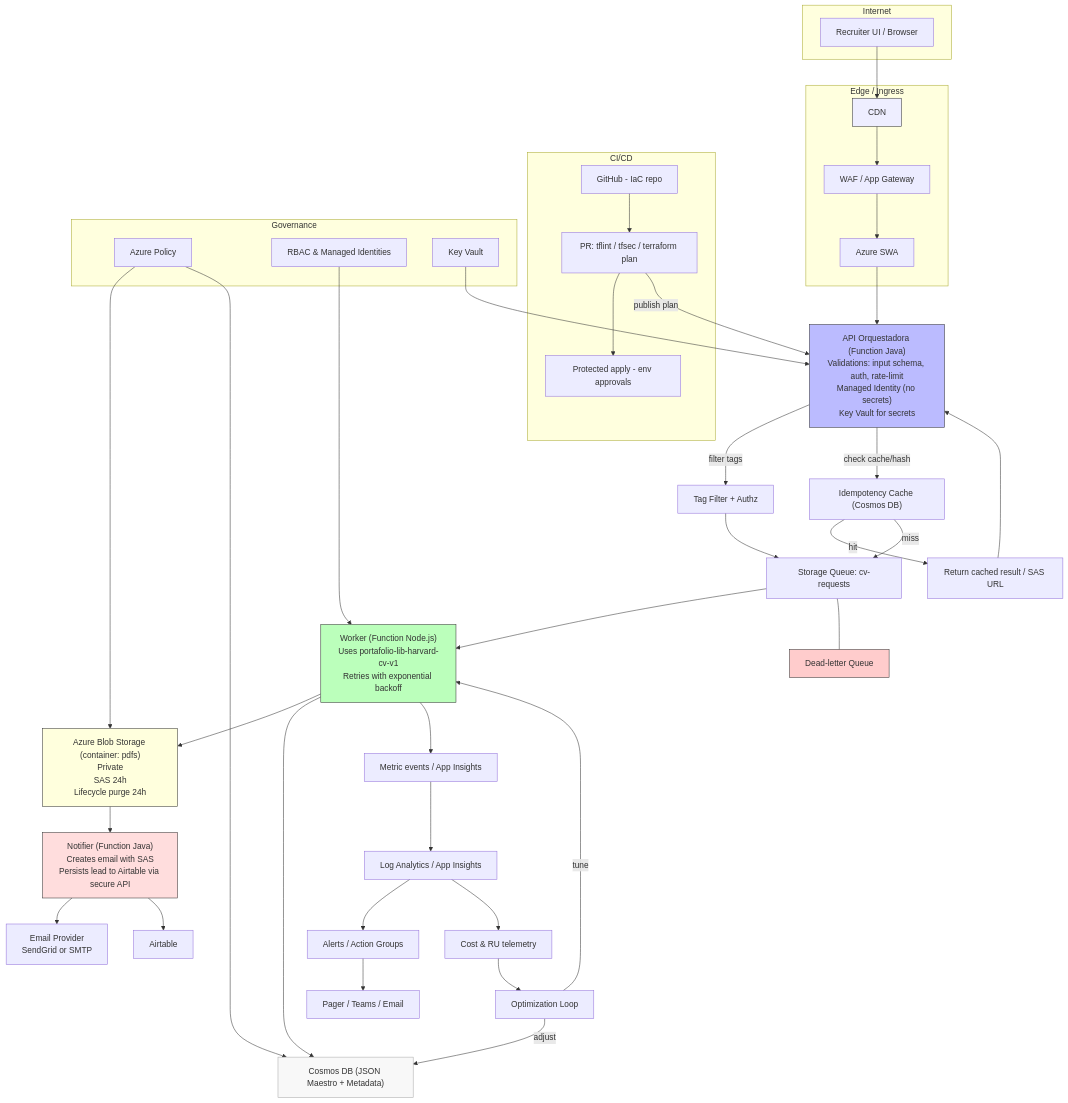
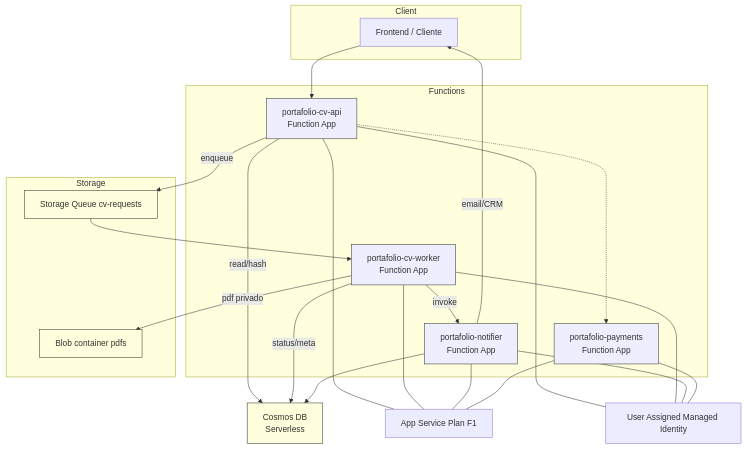
The diagram in diagrams/architecture.mmd (ninkovski/portafolio-iac-core-v1), drawn with Mermaid before and after one commit. The commit also changed 7 other files, not shown here.

Commit message:
feat(docs): update CONTRIBUTING, README, and architecture documentation; add new PR template and flow diagrams

```diff
--- a/diagrams/architecture.mmd
+++ b/diagrams/architecture.mmd
@@ -1,71 +1,50 @@
 flowchart TB
-  %% Frontline
-  subgraph Internet
-    U[Recruiter UI / Browser]
+  %% Clients
+  subgraph Client
+    U[Frontend / Cliente]
   end
 
-  subgraph Edge[Edge / Ingress]
-    CDN[CDN]
-    WAF[WAF / App Gateway]
-    CDN --> WAF
-    WAF --> SWA[Azure SWA]
+  %% Functions layer
+  subgraph Functions
+    API[portafolio-cv-api\nFunction App]
+    WORKER[portafolio-cv-worker\nFunction App]
+    NOTIF[portafolio-notifier\nFunction App]
+    PAY[portafolio-payments\nFunction App]
   end
 
-  U --> CDN
-  SWA --> API["API Orquestadora (Function Java)<br/>Validations: input schema, auth, rate-limit<br/>Managed Identity (no secrets)<br/>Key Vault for secrets"]
-  API -->|filter tags| Filter[Tag Filter + Authz]
-  API -->|check cache/hash| Idempotency["Idempotency Cache (Cosmos DB)"]
-  Idempotency -->|hit| Return["Return cached result / SAS URL"]
-  Return --> API
+  %% Data
+  subgraph Storage
+    QUEUE[Storage Queue cv-requests]
+    BLOB[Blob container pdfs]
+  end
 
-  Idempotency -->|miss| Q["Storage Queue: cv-requests"]
-  Filter --> Q
+  COSMOS[Cosmos DB\nServerless]
 
-  Q --> Worker["Worker (Function Node.js)<br/>Uses portafolio-lib-harvard-cv-v1<br/>Retries with exponential backoff"]
-  Q --- DLQ[Dead-letter Queue]
+  %% Flow
+  U --> API
+  API -->|read/hash| COSMOS
+  API -->|enqueue| QUEUE
+  QUEUE --> WORKER
+  WORKER -->|pdf privado| BLOB
+  WORKER -->|status/meta| COSMOS
+  WORKER -->|invoke| NOTIF
+  NOTIF -->|email/CRM| U
+  NOTIF --> COSMOS
+  API -.-> PAY
 
-  Worker --> Blob["Azure Blob Storage (container: pdfs)<br/>Private<br/>SAS 24h<br/>Lifecycle purge 24h"]
-  Worker --> Cosmos["Cosmos DB (JSON Maestro &plus; Metadata)"]
-  Worker --> Metrics[Metric events / App Insights]
+  %% Infra shared
+  PLAN[App Service Plan F1]
+  ID[User Assigned Managed Identity]
+  API --- PLAN
+  WORKER --- PLAN
+  NOTIF --- PLAN
+  PAY --- PLAN
+  API --- ID
+  WORKER --- ID
+  NOTIF --- ID
+  PAY --- ID
 
-  Blob --> Notifier["Notifier (Function Java)<br/>Creates email with SAS<br/>Persists lead to Airtable via secure API"]
-  Notifier --> Email["Email Provider<br/>SendGrid or SMTP"]
-  Notifier --> Airtable
-
-  %% Observability / Optimization
-  Metrics --> LogAnalytics[Log Analytics / App Insights]
-  LogAnalytics --> Alerts[Alerts / Action Groups]
-  Alerts --> DevOps[Pager / Teams / Email]
-  LogAnalytics --> CostInsights[Cost & RU telemetry]
-  CostInsights --> OptLoop[Optimization Loop]
-  OptLoop -->|adjust| Cosmos
-  OptLoop -->|tune| Worker
-
-  %% CI/CD and Security gate
-  subgraph CI/CD
-    Repo[GitHub - IaC repo]
-    PR[PR: tflint / tfsec / terraform plan]
-    MAIN[Protected apply - env approvals]
-  end
-  Repo --> PR --> MAIN
-  PR -->|publish plan| API
-
-  %% Security & Governance
-  subgraph Governance
-    AzurePolicy[Azure Policy]
-    RBAC[RBAC & Managed Identities]
-    KeyVault[Key Vault]
-  end
-  KeyVault --> API
-  RBAC --> Worker
-  AzurePolicy --> Blob
-  AzurePolicy --> Cosmos
-
-  style API fill:#bbf,stroke:#333,stroke-width:1px
-  style Worker fill:#bfb,stroke:#333,stroke-width:1px
-  style Blob fill:#ffd,stroke:#333,stroke-width:1px
-  style Notifier fill:#fdd,stroke:#333,stroke-width:1px
-  style CDN fill:#eef,stroke:#333,stroke-width:1px
-  style DLQ fill:#fcc,stroke:#333,stroke-width:1px
-  classDef infra fill:#f8f8f8,stroke:#aaa
-  class Blob,Cosmos,DLQ infra
+  classDef fn fill:#eef,stroke:#333,stroke-width:1px
+  classDef data fill:#ffd,stroke:#333,stroke-width:1px
+  class API,WORKER,NOTIF,PAY fn
+  class QUEUE,BLOB,COSMOS data
```
